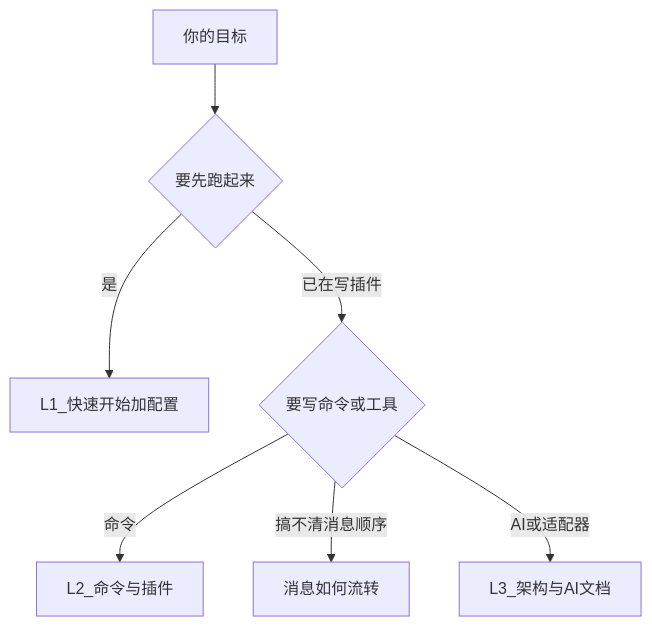
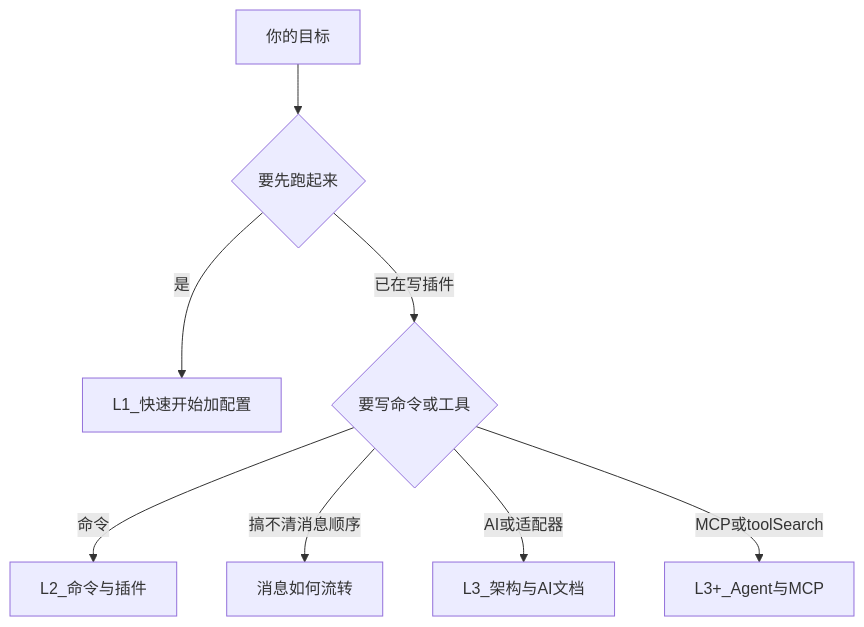
The diagram in docs/essentials/learning-paths.md (zhinjs/zhin), drawn with Mermaid before and after one commit. The commit also changed other lines of this file and 125 other files, not shown here.

````diff
--- a/docs/essentials/learning-paths.md
+++ b/docs/essentials/learning-paths.md
@@ -50,10 +66,11 @@
 ```mermaid
 flowchart TD
   start[你的目标]
   start --> q1{要先跑起来}
   q1 -->|是| l1[L1_快速开始加配置]
   q1 -->|已在写插件| q2{要写命令或工具}
   q2 -->|命令| l2[L2_命令与插件]
   q2 -->|搞不清消息顺序| flow[消息如何流转]
   q2 -->|AI或适配器| l3[L3_架构与AI文档]
+  q2 -->|MCP或toolSearch| l3plus[L3+_Agent与MCP]
 ```
````
